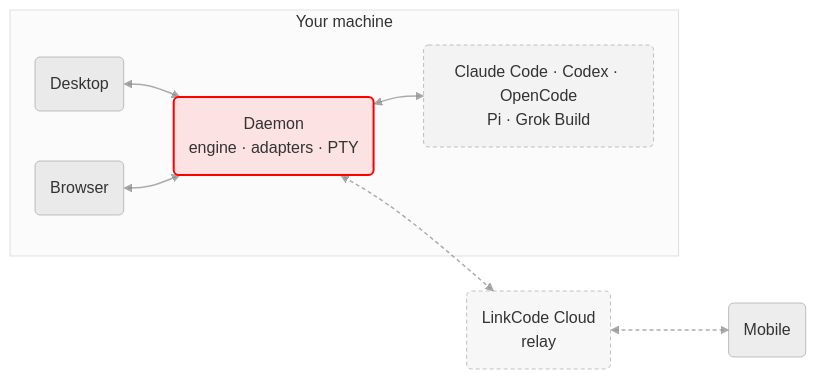
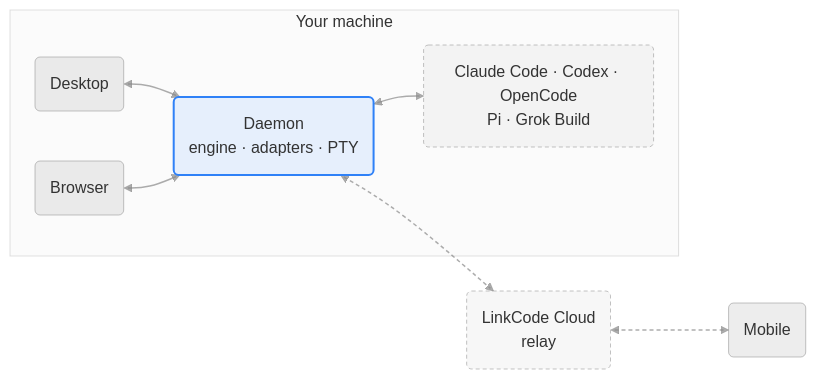
Before and after one commit to arcboxlabs/linkcode: the diagram in README.md, drawn with Mermaid. The commit also changed other lines of this file and 1 other file, not shown here.

````diff
--- a/README.md
+++ b/README.md
@@ -62,27 +65,27 @@
 ```mermaid
 flowchart LR
     subgraph machine["Your machine"]
         DESKTOP("Desktop")
         WEB("Browser")
         DAEMON("Daemon<br/>engine · adapters · PTY")
         AGENTS("Claude Code · Codex · OpenCode<br/>Pi · Grok Build")
     end
     CLOUD("LinkCode Cloud<br/>relay")
     MOBILE("Mobile")
 
     DESKTOP <--> DAEMON
     WEB <--> DAEMON
     DAEMON <--> AGENTS
     DAEMON <--> CLOUD
     CLOUD <--> MOBILE
 
     classDef client fill:#88888826,stroke:#88888880
-    classDef host fill:#FF00001A,stroke:#FF0000,stroke-width:2px
+    classDef host fill:#2F81F71A,stroke:#2F81F7,stroke-width:2px
     classDef muted fill:#88888812,stroke:#88888880,stroke-dasharray:4 3
     class DESKTOP,WEB,MOBILE client
     class DAEMON host
     class AGENTS,CLOUD muted
     style machine fill:#88888809,stroke:#88888840
     linkStyle default stroke:#888888B0,stroke-width:1.5px
     linkStyle 3,4 stroke:#888888B0,stroke-width:1.5px,stroke-dasharray:4 3
 ```
````
